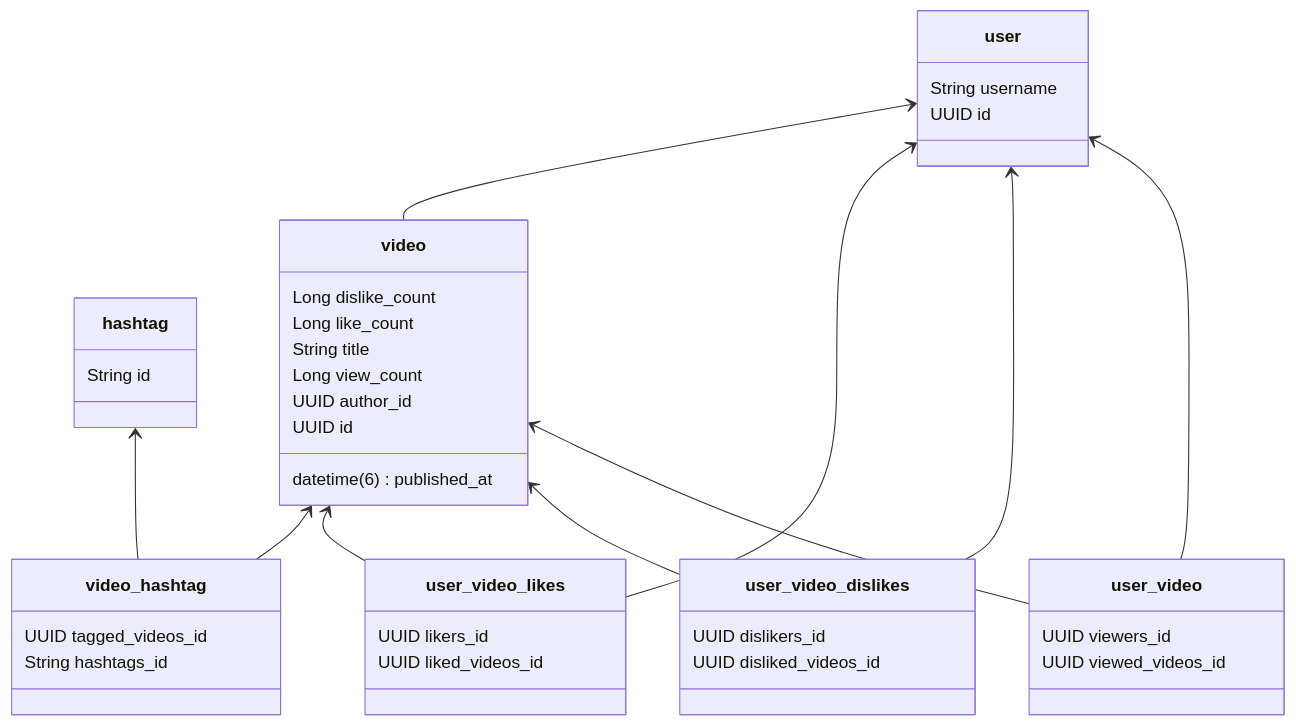
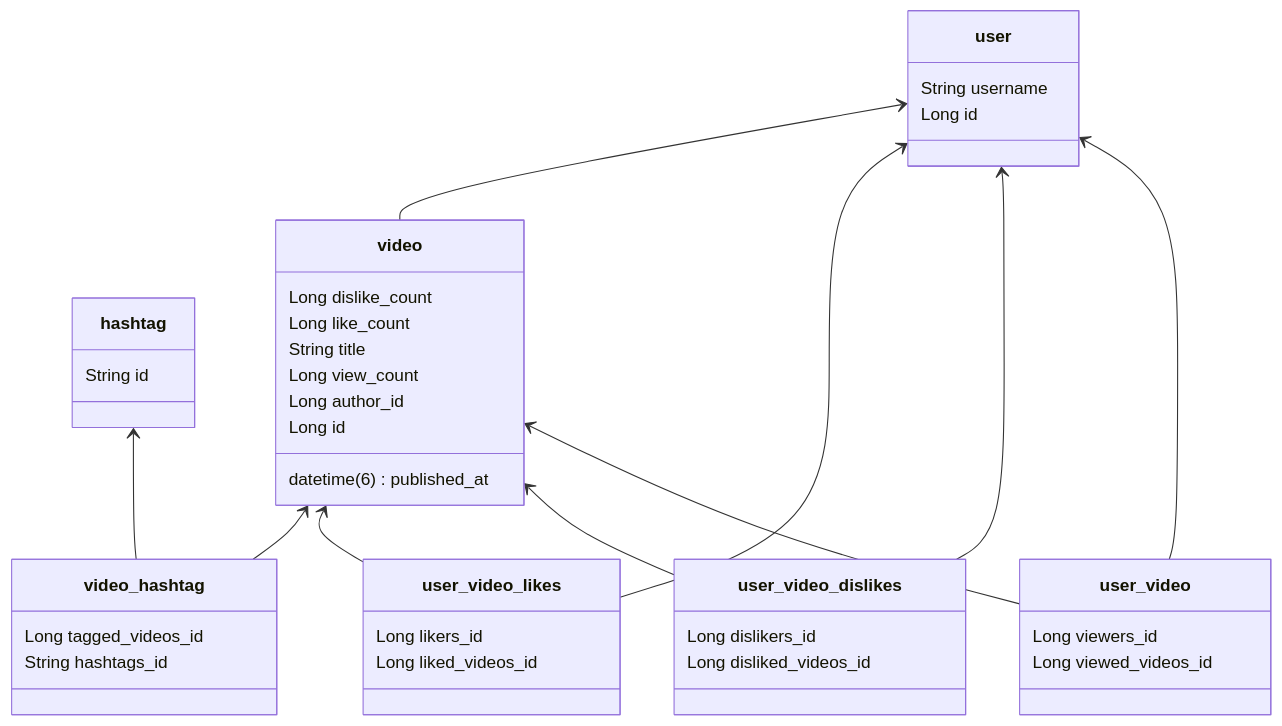
One commit to dont-text-me/ENG2-assessment changed the diagram in docs/domain-models/video-microservice.md. Above: the diagram before and after it, drawn with Mermaid. The commit also changed 34 other files, not shown here.

Commit message:
replace uuid with long

````diff
--- a/docs/domain-models/video-microservice.md
+++ b/docs/domain-models/video-microservice.md
@@ -1,46 +1,46 @@
 ```mermaid
 classDiagram
     direction BT
     class hashtag {
         String id
     }
     class user {
         String username
-        UUID id
+        Long id
     }
     class user_video {
-        UUID viewers_id
-        UUID viewed_videos_id
+        Long viewers_id
+        Long viewed_videos_id
     }
     class user_video_dislikes {
-        UUID dislikers_id
-        UUID disliked_videos_id
+        Long dislikers_id
+        Long disliked_videos_id
     }
     class user_video_likes {
-        UUID likers_id
-        UUID liked_videos_id
+        Long likers_id
+        Long liked_videos_id
     }
     class video {
         Long dislike_count
         Long like_count
         datetime(6) published_at
         String title
         Long view_count
-        UUID author_id
-        UUID id
+        Long author_id
+        Long id
     }
     class video_hashtag {
-        UUID tagged_videos_id
+        Long tagged_videos_id
         String hashtags_id
     }
 
     user_video  -->  user
     user_video  -->  video
     user_video_dislikes  -->  user
     user_video_dislikes  -->  video
     user_video_likes  -->  user
     user_video_likes  -->  video
     video  -->  user
     video_hashtag  -->  hashtag
     video_hashtag  -->  video
 ```
````
